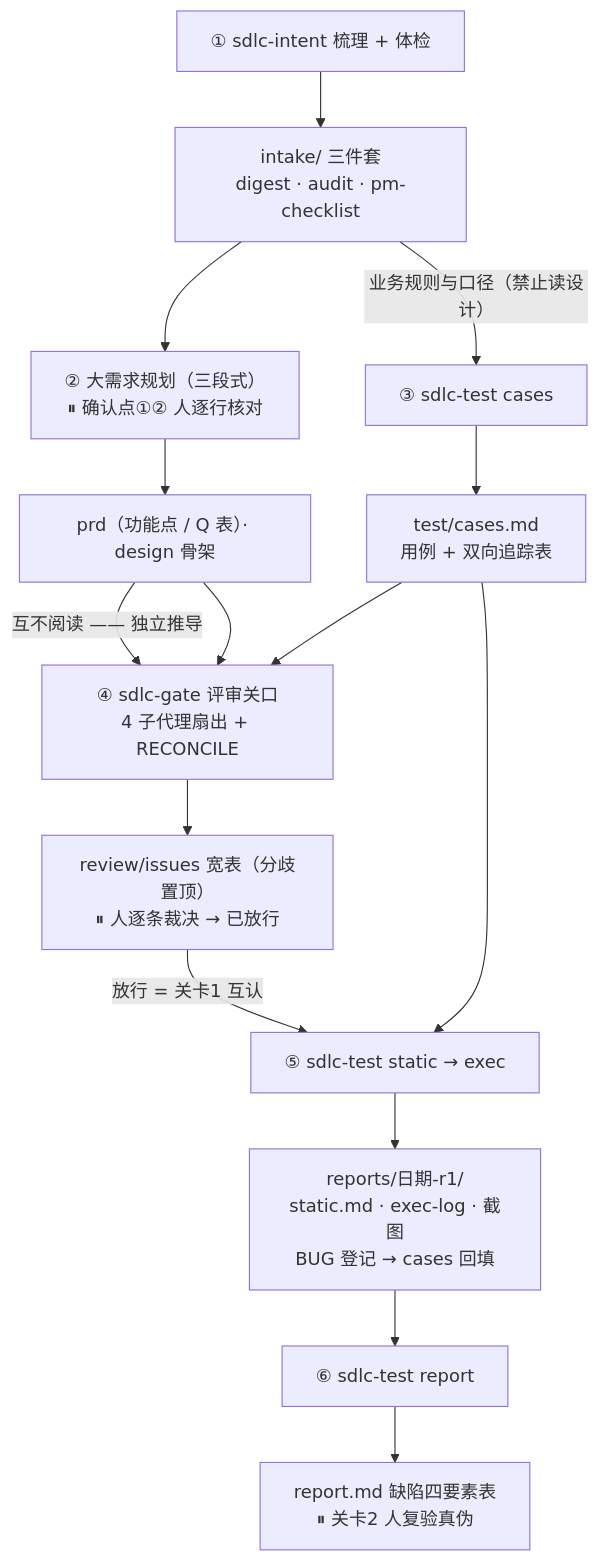
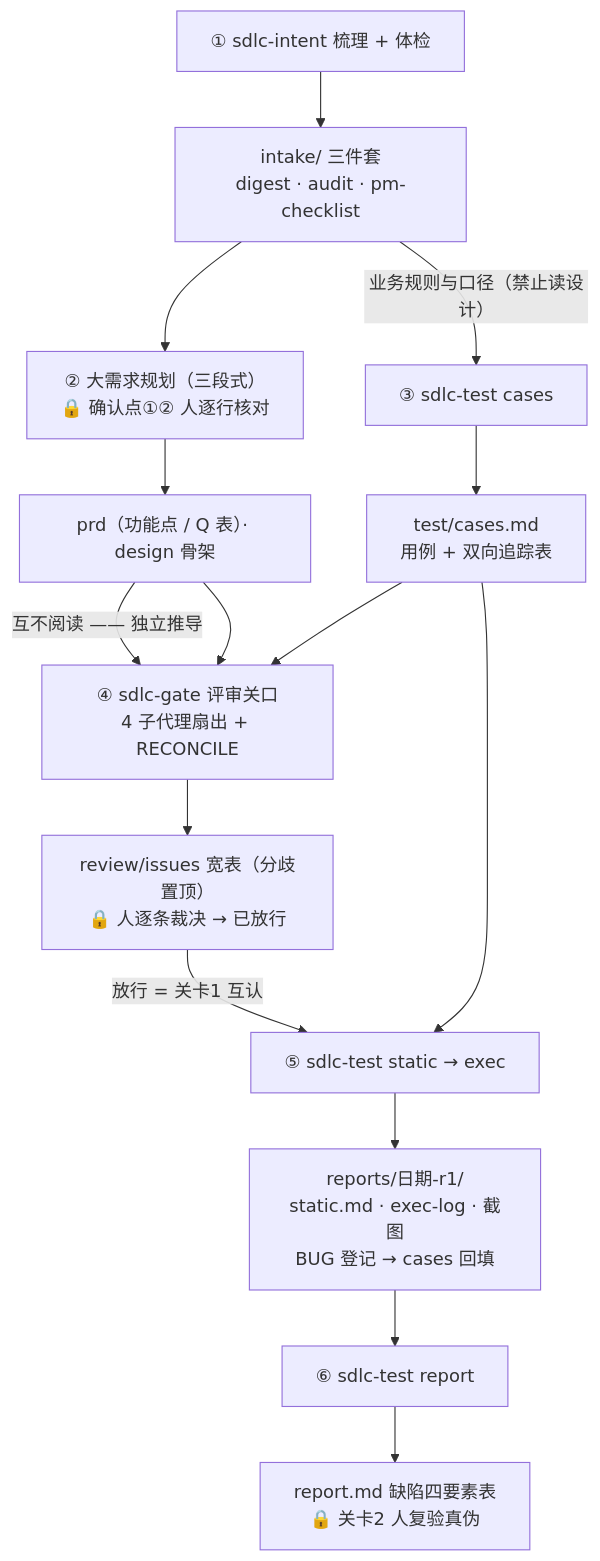
Before and after one commit to TsCarpe/claude-sdlc-skills: the diagram in docs/example-walkthrough.md, drawn with Mermaid. The commit also changed other lines of this file and 27 other files, not shown here.

First line of the commit message:
feat: v0.18.0 符号体系视觉优化——❓→🤔 色彩语义修正 + ⏸/✗ 合并 + 图例自包含

````diff
--- a/docs/example-walkthrough.md
+++ b/docs/example-walkthrough.md
@@ -9,17 +9,17 @@
 ```mermaid
 flowchart TB
     A["① sdlc-intent 梳理 + 体检"] --> PA["intake/ 三件套<br/>digest · audit · pm-checklist"]
-    PA --> B["② 大需求规划（三段式）<br/>⏸ 确认点①② 人逐行核对"]
+    PA --> B["② 大需求规划（三段式）<br/>🔒 确认点①② 人逐行核对"]
     B --> PB["prd（功能点 / Q 表）· design 骨架"]
     PA -->|"业务规则与口径（禁止读设计）"| C["③ sdlc-test cases"]
     PB -->|"互不阅读 —— 独立推导"| D
     C --> PC["test/cases.md<br/>用例 + 双向追踪表"]
     PB --> D["④ sdlc-gate 评审关口<br/>4 子代理扇出 + RECONCILE"]
     PC --> D
-    D --> PD["review/issues 宽表（分歧置顶）<br/>⏸ 人逐条裁决 → 已放行"]
+    D --> PD["review/issues 宽表（分歧置顶）<br/>🔒 人逐条裁决 → 已放行"]
     PD -->|"放行 = 关卡1 互认"| E["⑤ sdlc-test static → exec"]
     PC --> E
     E --> PE["reports/日期-r1/<br/>static.md · exec-log · 截图<br/>BUG 登记 → cases 回填"]
     PE --> F["⑥ sdlc-test report"]
-    F --> PF["report.md 缺陷四要素表<br/>⏸ 关卡2 人复验真伪"]
+    F --> PF["report.md 缺陷四要素表<br/>🔒 关卡2 人复验真伪"]
 ```
````
